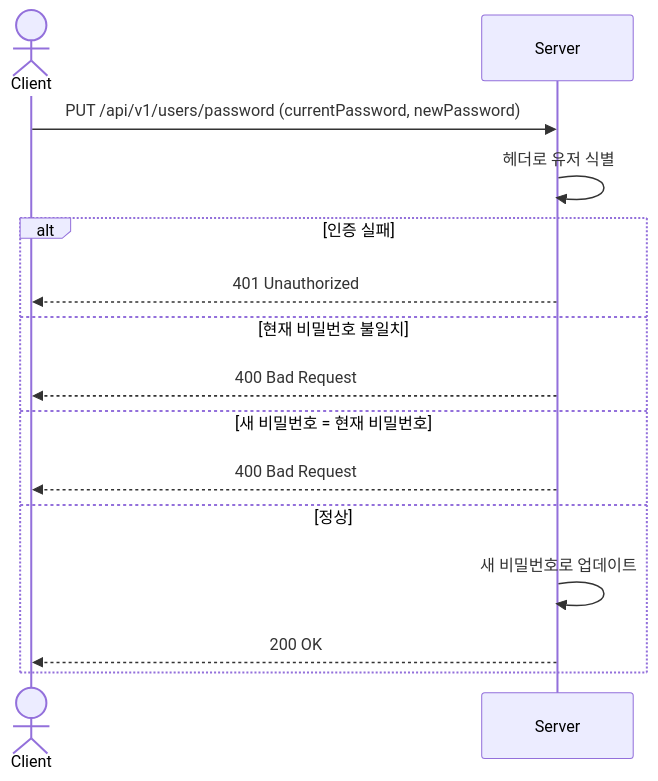
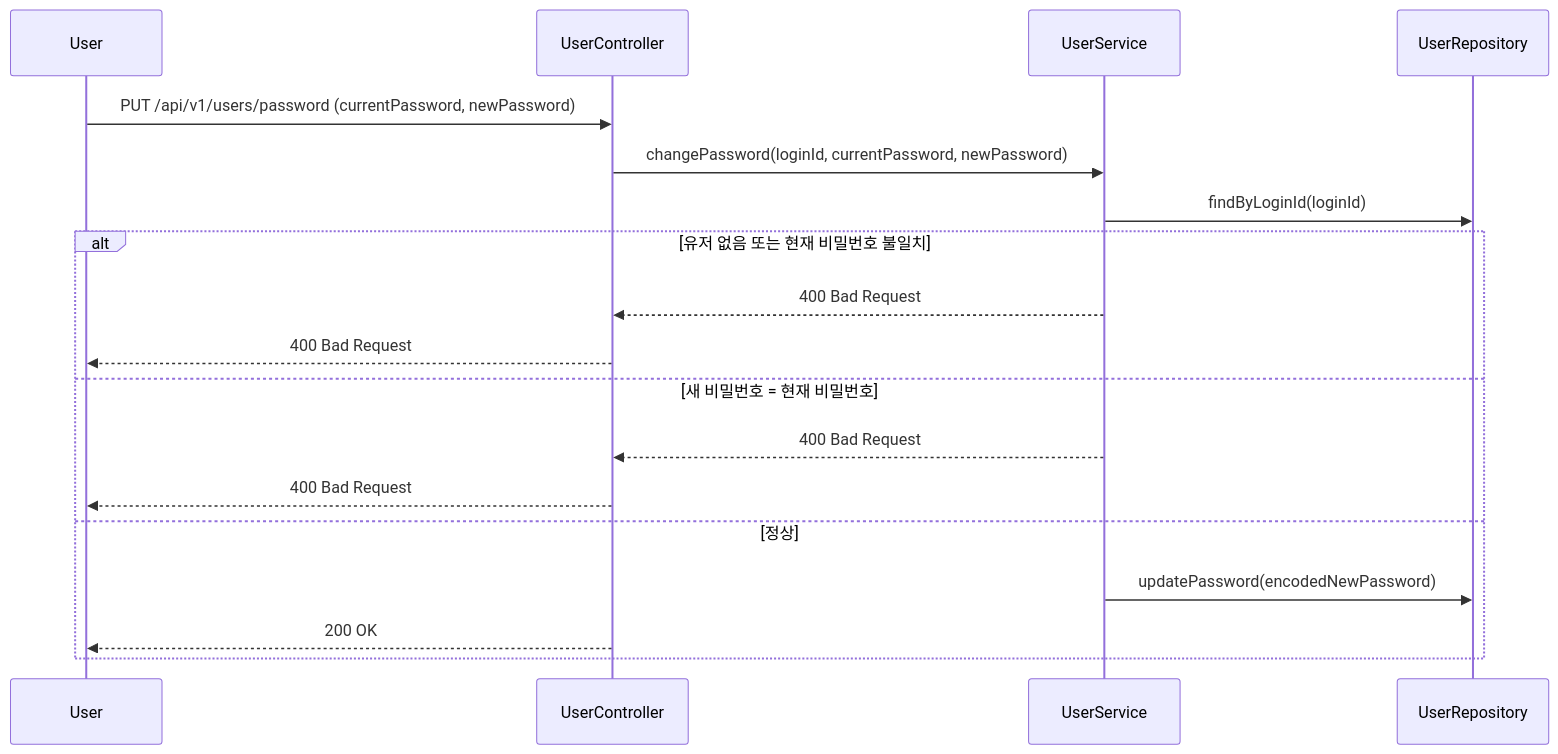
The first of 34 diagrams in .docs/design/sequence-diagrams.md (loopers-labs/loop-pack-be-l2-vol4-java), drawn with Mermaid before and after one commit. The commit also changed other lines of this file and 1 other file, not shown here.

Commit message:
fix: 관리자 모듈 지우고 각 브랜드&상품-어드민, 주문-어드민으로 분리 브랜드&상품 누락 유스케이스 추가 어드민 권한 확인 로직 main flow 에 추가

````diff
--- a/.docs/design/sequence-diagrams.md
+++ b/.docs/design/sequence-diagrams.md
@@ -9,18 +9,22 @@
 ```mermaid
 sequenceDiagram
-    actor Client
-    participant Server
+    participant User
+    participant UserController
+    participant UserService
+    participant UserRepository
 
-    Client->>Server: PUT /api/v1/users/password (currentPassword, newPassword)
-    Server->>Server: 헤더로 유저 식별
-    alt 인증 실패
-        Server-->>Client: 401 Unauthorized
-    else 현재 비밀번호 불일치
-        Server-->>Client: 400 Bad Request
+    User->>UserController: PUT /api/v1/users/password (currentPassword, newPassword)
+    UserController->>UserService: changePassword(loginId, currentPassword, newPassword)
+    UserService->>UserRepository: findByLoginId(loginId)
+
+    alt 유저 없음 또는 현재 비밀번호 불일치
+        UserService-->>UserController: 400 Bad Request
+        UserController-->>User: 400 Bad Request
     else 새 비밀번호 = 현재 비밀번호
-        Server-->>Client: 400 Bad Request
+        UserService-->>UserController: 400 Bad Request
+        UserController-->>User: 400 Bad Request
     else 정상
-        Server->>Server: 새 비밀번호로 업데이트
-        Server-->>Client: 200 OK
+        UserService->>UserRepository: updatePassword(encodedNewPassword)
+        UserController-->>User: 200 OK
     end
 ```
````
